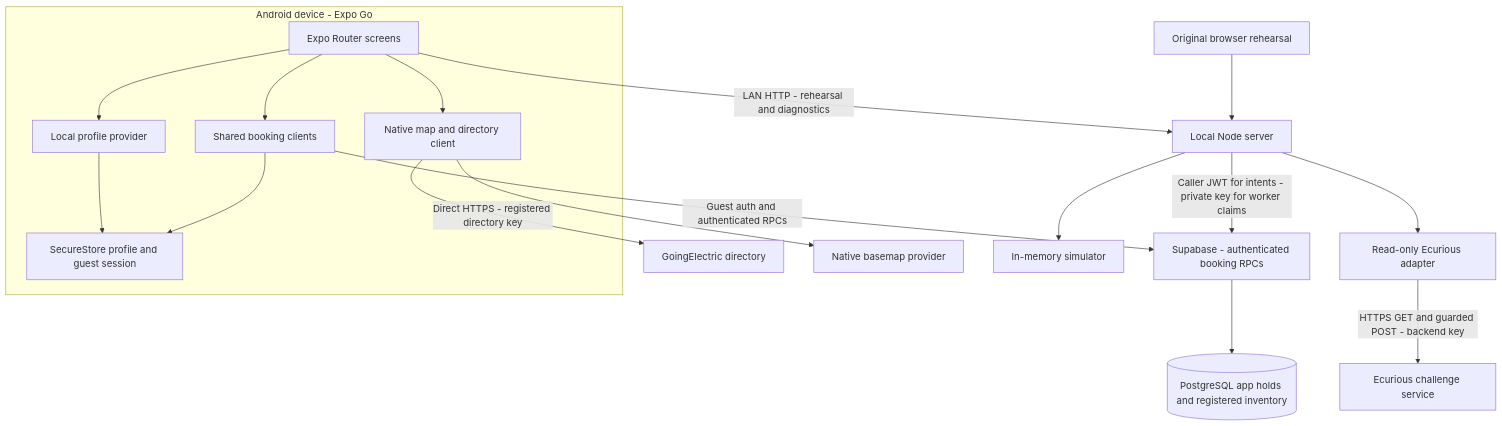
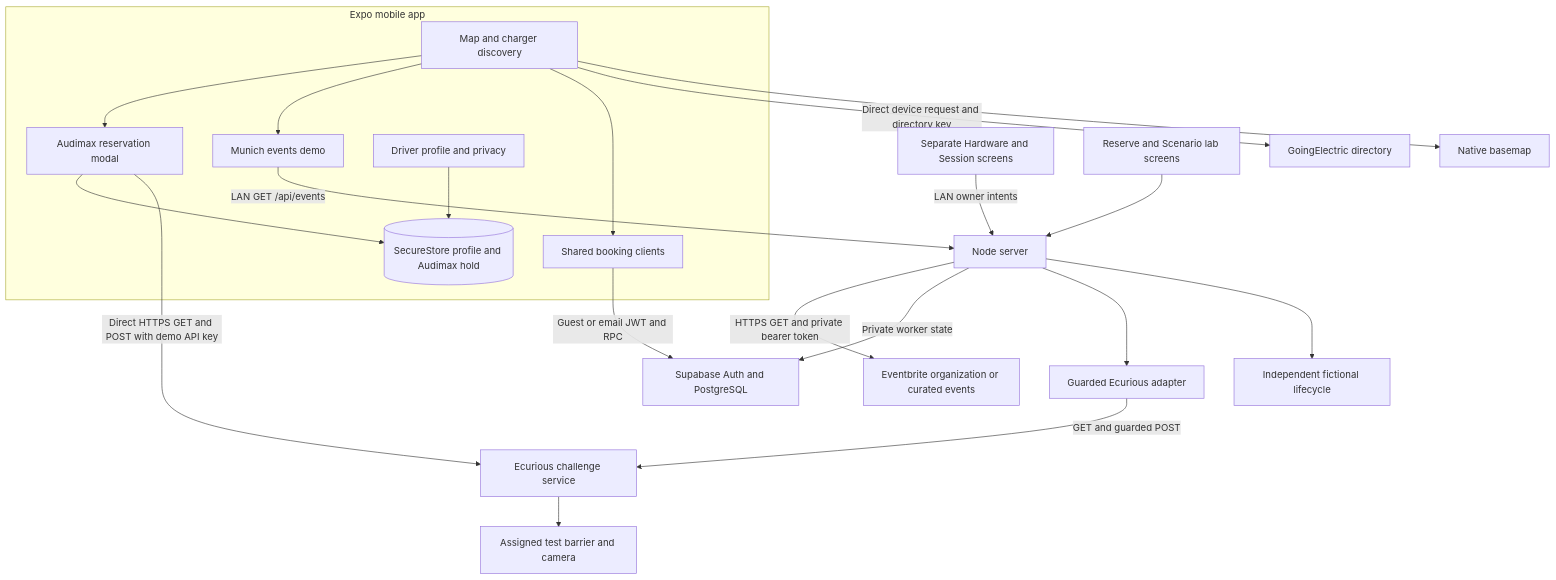
The diagram in docs/SYSTEM-DESIGN.md (BorisPetreski/Ecurious-Challenge), drawn with Mermaid before and after one commit. The commit also changed other lines of this file and 26 other files, not shown here.

````diff
--- a/docs/SYSTEM-DESIGN.md
+++ b/docs/SYSTEM-DESIGN.md
@@ -39,25 +26,29 @@
 ```mermaid
 flowchart TB
-  subgraph Phone[Android device - Expo Go]
-    UI[Expo Router screens]
-    Profile[Local profile provider]
+  subgraph Phone[Expo mobile app]
+    Map[Map and charger discovery]
+    Demo[Audimax reservation modal]
+    Events[Munich events demo]
     Shared[Shared booking clients]
-    Map[Native map and directory client]
-    Store[SecureStore profile and guest session]
-    UI --> Profile
-    UI --> Shared
-    UI --> Map
-    Profile --> Store
-    Shared --> Store
+    Profile[Driver profile and privacy]
+    Local[(SecureStore profile and Audimax hold)]
+    Map --> Demo
+    Map --> Events
+    Map --> Shared
+    Profile --> Local
+    Demo --> Local
   end
-  Map -->|Direct HTTPS - registered directory key| GE[GoingElectric directory]
-  Map --> Basemap[Native basemap provider]
-  Shared -->|Guest auth and authenticated RPCs| Cloud[Supabase - authenticated booking RPCs]
-  Cloud --> DB[(PostgreSQL app holds and registered inventory)]
-  UI -->|LAN HTTP - rehearsal and diagnostics| Node[Local Node server]
-  Browser[Original browser rehearsal] --> Node
-  Node --> Sim[In-memory simulator]
-  Node --> Adapter[Read-only Ecurious adapter]
-  Adapter -->|HTTPS GET and guarded POST - backend key| Hardware[Ecurious challenge service]
-  Node -->|Caller JWT for intents - private key for worker claims| Cloud
+  Map -->|Direct device request and directory key| GE[GoingElectric directory]
+  Map --> Basemap[Native basemap]
+  Demo -->|Direct HTTPS GET and POST with demo API key| Ecurious[Ecurious challenge service]
+  Ecurious --> Rig[Assigned test barrier and camera]
+  Shared -->|Guest or email JWT and RPC| Supabase[Supabase Auth and PostgreSQL]
+  Older[Separate Hardware and Session screens] -->|LAN owner intents| Node[Node server]
+  Events -->|LAN GET /api/events| Node
+  Node -->|HTTPS GET and private bearer token| Eventbrite[Eventbrite organization or curated events]
+  Node -->|Private worker state| Supabase
+  Node --> Adapter[Guarded Ecurious adapter]
+  Adapter -->|GET and guarded POST| Ecurious
+  Rehearsal[Reserve and Scenario lab screens] --> Node
+  Node --> Simulator[Independent fictional lifecycle]
 ```
````
